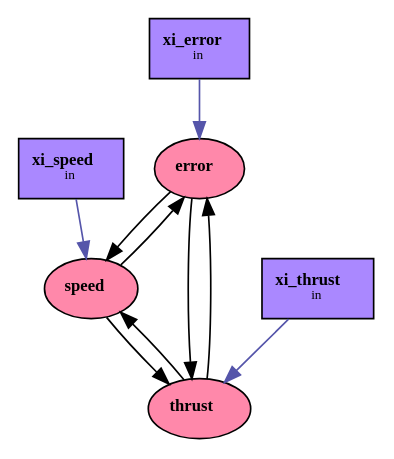
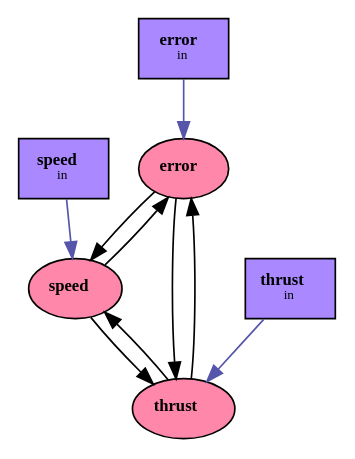
One commit to Ekeichi/cxsom-rl-2 changed the diagram in rocket/rocket/architecture/train.dot. Above: the diagram before and after it, drawn with Graphviz. The commit also changed 9 other files, not shown here.

```diff
--- a/rocket/rocket/architecture/train.dot
+++ b/rocket/rocket/architecture/train.dot
@@ -1,20 +1,20 @@
 digraph All {
 
-      v0000 [label=<<font point-size="10"><b>xi_error</b></font><br/><font point-size="8">in</font>>, shape=box, shape=box, fillcolor="#aa88ff", style="filled"]
-      v0001 [label=<<font point-size="10"><b>xi_speed</b></font><br/><font point-size="8">in</font>>, shape=box, shape=box, fillcolor="#aa88ff", style="filled"]
-      v0002 [label=<<font point-size="10"><b>xi_thrust</b></font><br/><font point-size="8">in</font>>, shape=box, shape=box, fillcolor="#aa88ff", style="filled"]
+      v0000 [label=<<font point-size="10"><b>error</b></font><br/><font point-size="8">in</font>>, shape=box, shape=box, fillcolor="#aa88ff", style="filled"]
+      v0001 [label=<<font point-size="10"><b>speed</b></font><br/><font point-size="8">in</font>>, shape=box, shape=box, fillcolor="#aa88ff", style="filled"]
+      v0002 [label=<<font point-size="10"><b>thrust</b></font><br/><font point-size="8">in</font>>, shape=box, shape=box, fillcolor="#aa88ff", style="filled"]
       m0003 [label=<<font point-size="10"><b>error</b></font>>, shape=ellipse, shape=ellipse, fillcolor="#ff88aa", style="filled"]
       m0004 [label=<<font point-size="10"><b>speed</b></font>>, shape=ellipse, shape=ellipse, fillcolor="#ff88aa", style="filled"]
       m0005 [label=<<font point-size="10"><b>thrust</b></font>>, shape=ellipse, shape=ellipse, fillcolor="#ff88aa", style="filled"]
 
   v0000 -> m0003 [color="#5555aa", style=solid ]
   v0001 -> m0004 [color="#5555aa", style=solid ]
   v0002 -> m0005 [color="#5555aa", style=solid ]
   m0003 -> m0004 [color="#000000", style=solid ]
   m0003 -> m0005 [color="#000000", style=solid ]
   m0004 -> m0003 [color="#000000", style=solid ]
   m0004 -> m0005 [color="#000000", style=solid ]
   m0005 -> m0003 [color="#000000", style=solid ]
   m0005 -> m0004 [color="#000000", style=solid ]
 
 }
```
